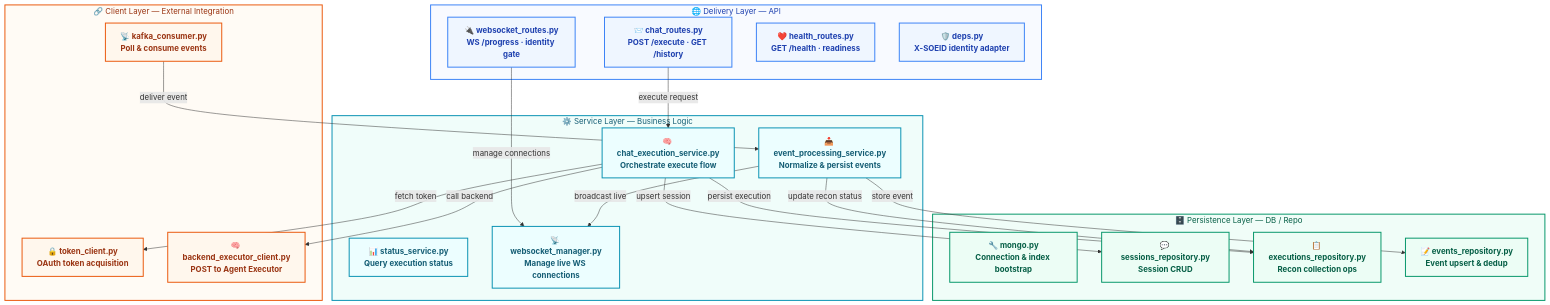
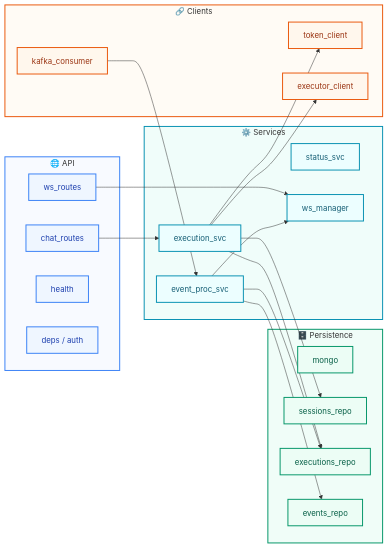
One commit to sana-work/middleware changed the second of 8 diagrams in walkthrough_diagram_pack.md. Above: the diagram before and after it, drawn with Mermaid.

````diff
--- a/walkthrough_diagram_pack.md
+++ b/walkthrough_diagram_pack.md
@@ -71,57 +71,47 @@
 ```mermaid
-graph TD
-    %% ── Styles ──
-    classDef delivery fill:#eff6ff,stroke:#3b82f6,stroke-width:2px,color:#1e40af,font-weight:bold
-    classDef service fill:#ecfeff,stroke:#0891b2,stroke-width:2px,color:#155e75,font-weight:bold
-    classDef client fill:#fff7ed,stroke:#ea580c,stroke-width:2px,color:#9a3412,font-weight:bold
-    classDef persist fill:#ecfdf5,stroke:#059669,stroke-width:2px,color:#065f46,font-weight:bold
+graph LR
+    classDef api fill:#eff6ff,stroke:#3b82f6,stroke-width:2px,color:#1e40af
+    classDef svc fill:#ecfeff,stroke:#0891b2,stroke-width:2px,color:#155e75
+    classDef ext fill:#fff7ed,stroke:#ea580c,stroke-width:2px,color:#9a3412
+    classDef db fill:#ecfdf5,stroke:#059669,stroke-width:2px,color:#065f46
 
-    %% ── Delivery Layer ──
-    subgraph DELIVERY ["🌐 Delivery Layer — API"]
-        CR["📨 chat_routes.py\nPOST /execute · GET /history"]:::delivery
-        WR["🔌 websocket_routes.py\nWS /progress · identity gate"]:::delivery
-        HR["❤️ health_routes.py\nGET /health · readiness"]:::delivery
-        DP["🛡️ deps.py\nX-SOEID identity adapter"]:::delivery
+    subgraph API ["🌐 API"]
+        CR[chat_routes]:::api
+        WR[ws_routes]:::api
+        HR[health]:::api
+        DP[deps / auth]:::api
     end
 
-    %% ── Service Layer ──
-    subgraph SERVICES ["⚙️ Service Layer — Business Logic"]
-        CES["🧠 chat_execution_service.py\nOrchestrate execute flow"]:::service
-        EPS["📥 event_processing_service.py\nNormalize & persist events"]:::service
-        SS["📊 status_service.py\nQuery execution status"]:::service
-        WM["📡 websocket_manager.py\nManage live WS connections"]:::service
+    subgraph SVC ["⚙️ Services"]
+        CES[execution_svc]:::svc
+        EPS[event_proc_svc]:::svc
+        SS[status_svc]:::svc
+        WM[ws_manager]:::svc
     end
 
-    %% ── Client Layer ──
-    subgraph CLIENTS ["🔗 Client Layer — External Integration"]
-        TC["🔒 token_client.py\nOAuth token acquisition"]:::client
-        BEC["🧠 backend_executor_client.py\nPOST to Agent Executor"]:::client
-        KC["📡 kafka_consumer.py\nPoll & consume events"]:::client
+    subgraph EXT ["🔗 Clients"]
+        TC[token_client]:::ext
+        BEC[executor_client]:::ext
+        KC[kafka_consumer]:::ext
     end
 
-    %% ── Persistence Layer ──
-    subgraph PERSISTENCE ["🗄️ Persistence Layer — DB / Repo"]
-        MO["🔧 mongo.py\nConnection & index bootstrap"]:::persist
-        SR["💬 sessions_repository.py\nSession CRUD"]:::persist
-        ER["📋 executions_repository.py\nRecon collection ops"]:::persist
-        EVR["📝 events_repository.py\nEvent upsert & dedup"]:::persist
+    subgraph DB ["🗄️ Persistence"]
+        MO[mongo]:::db
+        SR[sessions_repo]:::db
+        ER[executions_repo]:::db
+        EVR[events_repo]:::db
     end
 
-    %% ── Data Flow ──
-    CR -->|"execute request"| CES
-    WR -->|"manage connections"| WM
-    CES -->|"upsert session"| SR
-    CES -->|"persist execution"| ER
-    CES -->|"fetch token"| TC
-    CES -->|"call backend"| BEC
-    KC -->|"deliver event"| EPS
-    EPS -->|"store event"| EVR
-    EPS -->|"update recon status"| ER
-    EPS -->|"broadcast live"| WM
+    CR --> CES
+    WR --> WM
+    CES --> SR & ER
+    CES --> TC & BEC
+    KC --> EPS
+    EPS --> EVR & ER
+    EPS --> WM
 
-    %% ── Subgraph Styles ──
-    style DELIVERY fill:#f8faff,stroke:#3b82f6,stroke-width:2px,color:#1e40af
-    style SERVICES fill:#f0fdfa,stroke:#0891b2,stroke-width:2px,color:#155e75
-    style CLIENTS fill:#fffbf5,stroke:#ea580c,stroke-width:2px,color:#9a3412
-    style PERSISTENCE fill:#f0fdf8,stroke:#059669,stroke-width:2px,color:#065f46
+    style API fill:#f8faff,stroke:#3b82f6,stroke-width:2px
+    style SVC fill:#f0fdfa,stroke:#0891b2,stroke-width:2px
+    style EXT fill:#fffbf5,stroke:#ea580c,stroke-width:2px
+    style DB fill:#f0fdf8,stroke:#059669,stroke-width:2px
 ```
````
